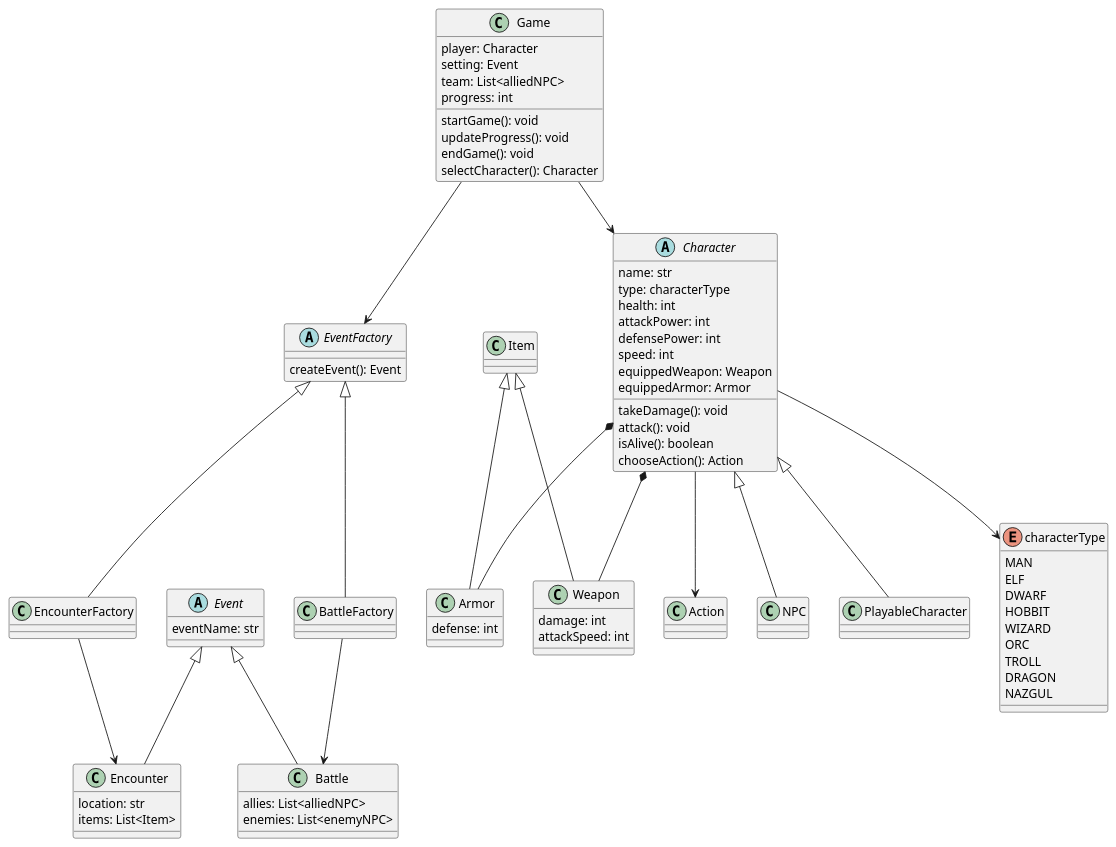
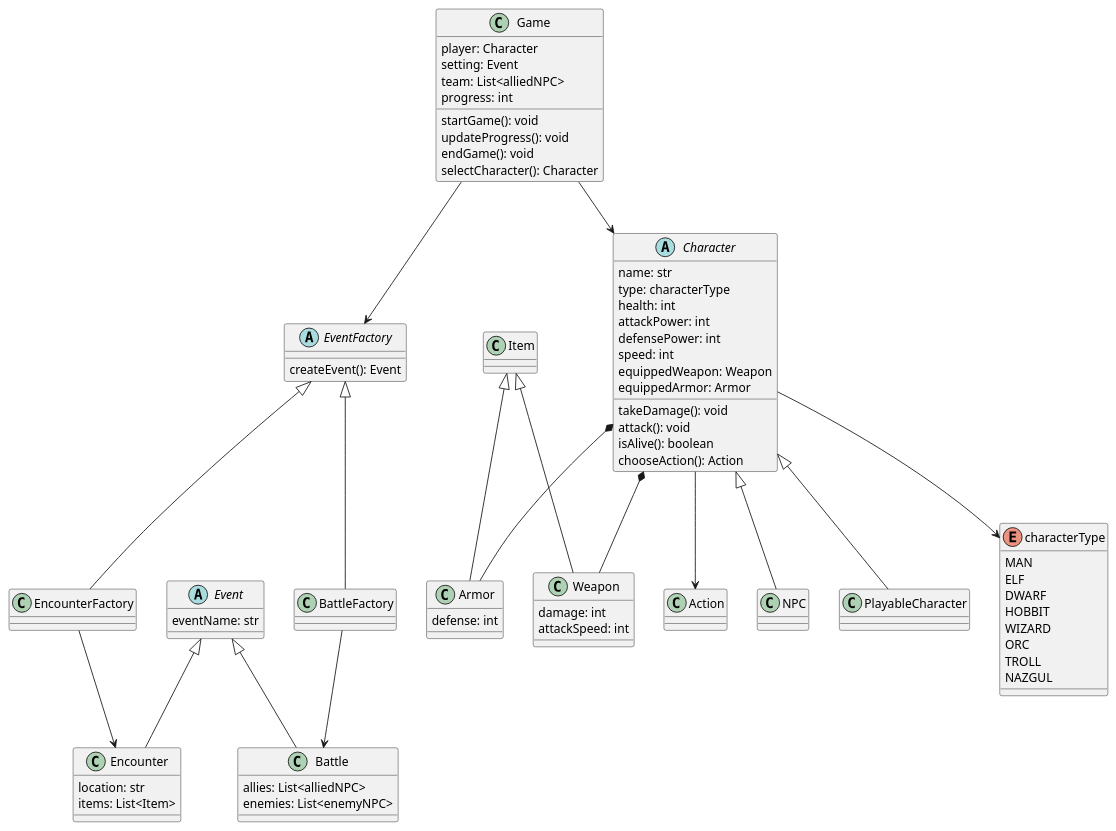
One commit to usd-comp-305/project-04-sandra-jack-sawyer changed the diagram in project-design.puml. Above: the diagram before and after it, drawn with PlantUML. The commit also changed 10 other files, not shown here.

```diff
--- a/project-design.puml
+++ b/project-design.puml
@@ -1,107 +1,106 @@
 @startuml
 'https://plantuml.com/class-diagram
 
 abstract class Character {
     name: str
     type: characterType
     health: int
     attackPower: int
     defensePower: int
     speed: int
     equippedWeapon: Weapon
     equippedArmor: Armor
 
     takeDamage(): void
     attack(): void
     isAlive(): boolean
     chooseAction(): Action
 }
 
 class NPC extends Character {
 
 }
 
 class PlayableCharacter extends Character {
 
 }
 
 abstract class EventFactory {
     createEvent(): Event
 }
 
 class BattleFactory extends EventFactory {
 
 }
 
 class EncounterFactory extends EventFactory {
 
 }
 
 abstract class Event {
     eventName: str
 }
 
 class Battle extends Event {
     allies: List<alliedNPC>
     enemies: List<enemyNPC>
 }
 
 class Encounter extends Event{
     location: str
     items: List<Item>
 }
 
 enum characterType {
     MAN
     ELF
     DWARF
     HOBBIT
     WIZARD
     ORC
     TROLL
-    DRAGON
     NAZGUL
 }
 
 class Game {
     player: Character
     setting: Event
     team: List<alliedNPC>
     progress: int
 
     startGame(): void
     updateProgress(): void
     endGame(): void
     selectCharacter(): Character
 }
 
 class Item {
 
 }
 
 class Weapon extends Item {
     damage: int
     attackSpeed: int
 }
 
 class Armor extends Item {
     defense: int
 }
 
 class Action {
 
 }
 
 
 Game --> EventFactory
 Game --> Character
 
 Character --> characterType
 Character *-- Weapon
 Character *-- Armor
 Character --> Action
 
 BattleFactory --> Battle
 EncounterFactory --> Encounter
 
 @enduml
```
